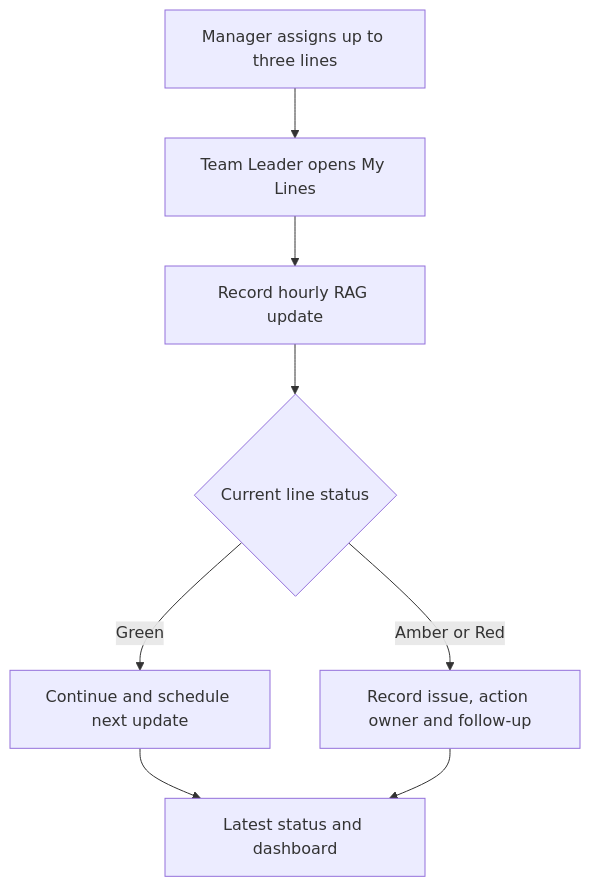
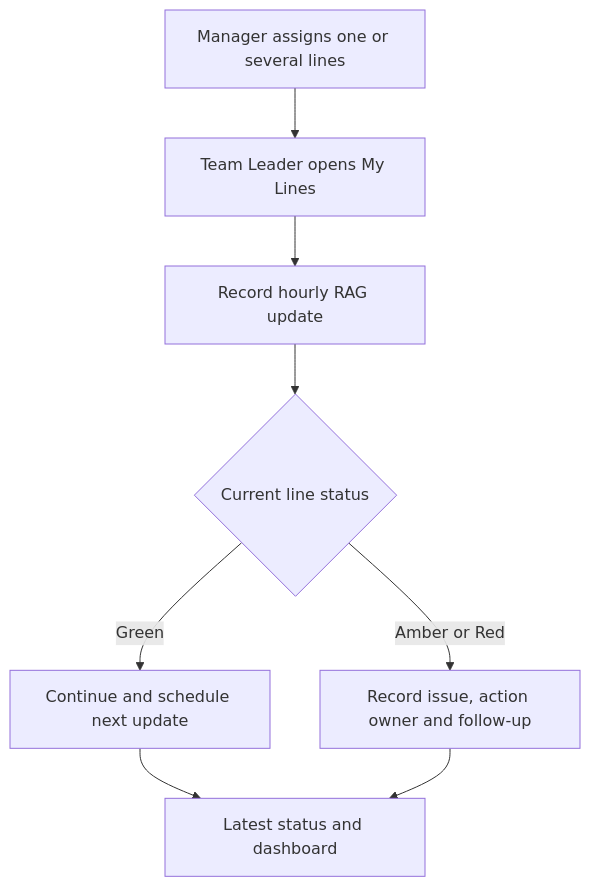
The first of 3 diagrams in README.md (MasumTech/production-ops-api), drawn with Mermaid before and after one commit. The commit also changed other lines of this file, not shown here.

````diff
--- a/README.md
+++ b/README.md
@@ -41,10 +43,10 @@
 ```mermaid
 flowchart TB
-    A["Manager assigns up to three lines"] --> B["Team Leader opens My Lines"]
+    A["Manager assigns one or several lines"] --> B["Team Leader opens My Lines"]
     B --> C["Record hourly RAG update"]
     C --> D{"Current line status"}
     D -->|Green| E["Continue and schedule next update"]
     D -->|Amber or Red| F["Record issue, action owner and follow-up"]
     E --> G["Latest status and dashboard"]
     F --> G
 ```
````
